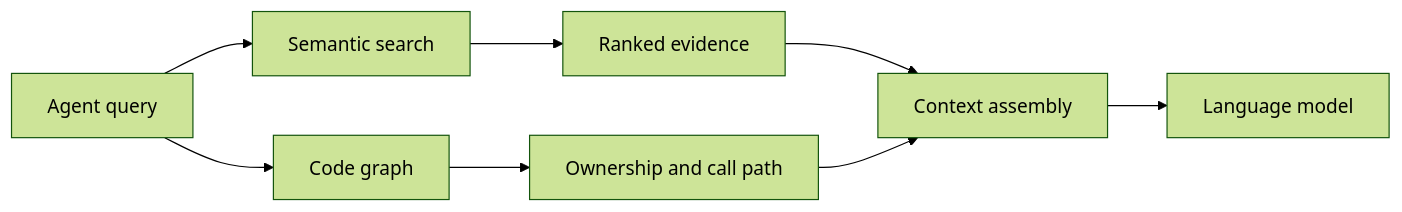
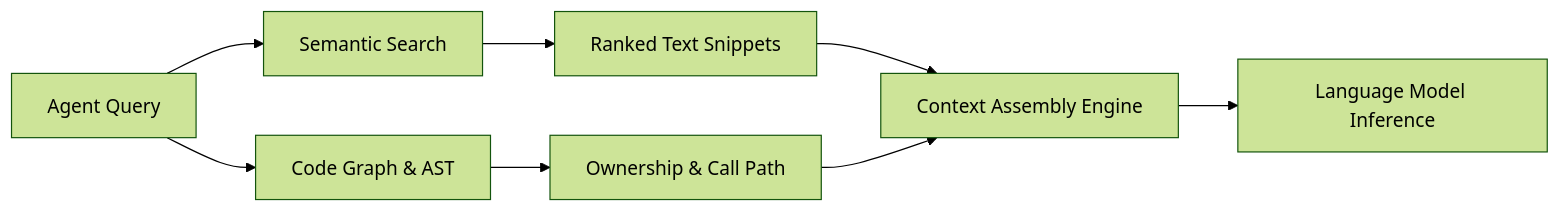
The second of 3 diagrams in _posts/2026/09/2026-09-22-context-engineering-agent-memory-design.md (akillness/akillness.github.io), drawn with Mermaid (forest theme) before and after one commit. The commit also changed other lines of this file and 1 other file, not shown here.

Commit message:
archive(dev): rebuild context-engineering-agent-memory-design from 2026-09 note

````diff
--- a/_posts/2026/09/2026-09-22-context-engineering-agent-memory-design.md
+++ b/_posts/2026/09/2026-09-22-context-engineering-agent-memory-design.md
@@ -48,10 +59,10 @@
 ```mermaid
 graph LR
-    Q[Agent query] --> V[Semantic search]
-    Q --> G[Code graph]
-    V --> R[Ranked evidence]
-    G --> O[Ownership and call path]
-    R --> A[Context assembly]
+    Q[Agent Query] --> V[Semantic Search]
+    Q --> G[Code Graph & AST]
+    V --> R[Ranked Text Snippets]
+    G --> O[Ownership & Call Path]
+    R --> A[Context Assembly Engine]
     O --> A
-    A --> M[Language model]
+    A --> M[Language Model Inference]
 ```
````
